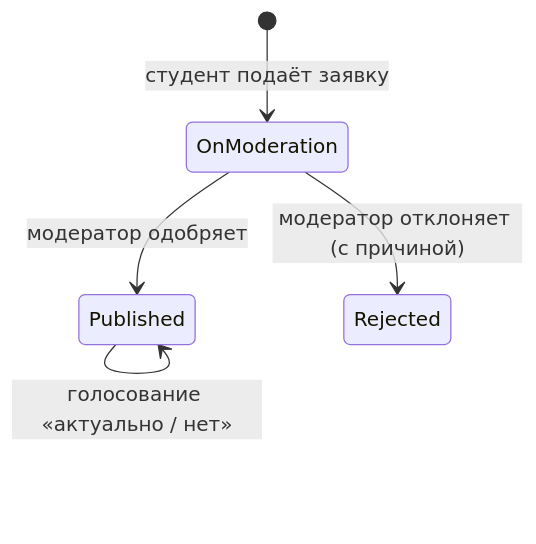
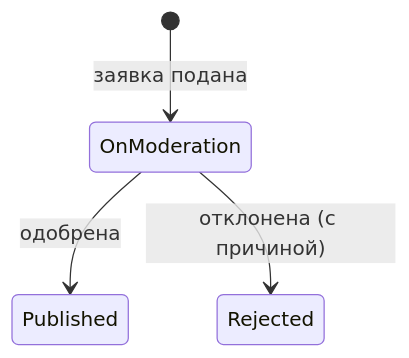
One commit to dwmbff/discount_aggregator changed the diagram in README.md. Above: the diagram before and after it, drawn with Mermaid. The commit also changed other lines of this file and 2 other files, not shown here.

````diff
--- a/README.md
+++ b/README.md
@@ -23,7 +15,6 @@
 ```mermaid
 stateDiagram-v2
-    [*] --> OnModeration: студент подаёт заявку
-    OnModeration --> Published: модератор одобряет
-    OnModeration --> Rejected: модератор отклоняет (с причиной)
-    Published --> Published: голосование «актуально / нет»
+    [*] --> OnModeration: заявка подана
+    OnModeration --> Published: одобрена
+    OnModeration --> Rejected: отклонена (с причиной)
 ```
````
